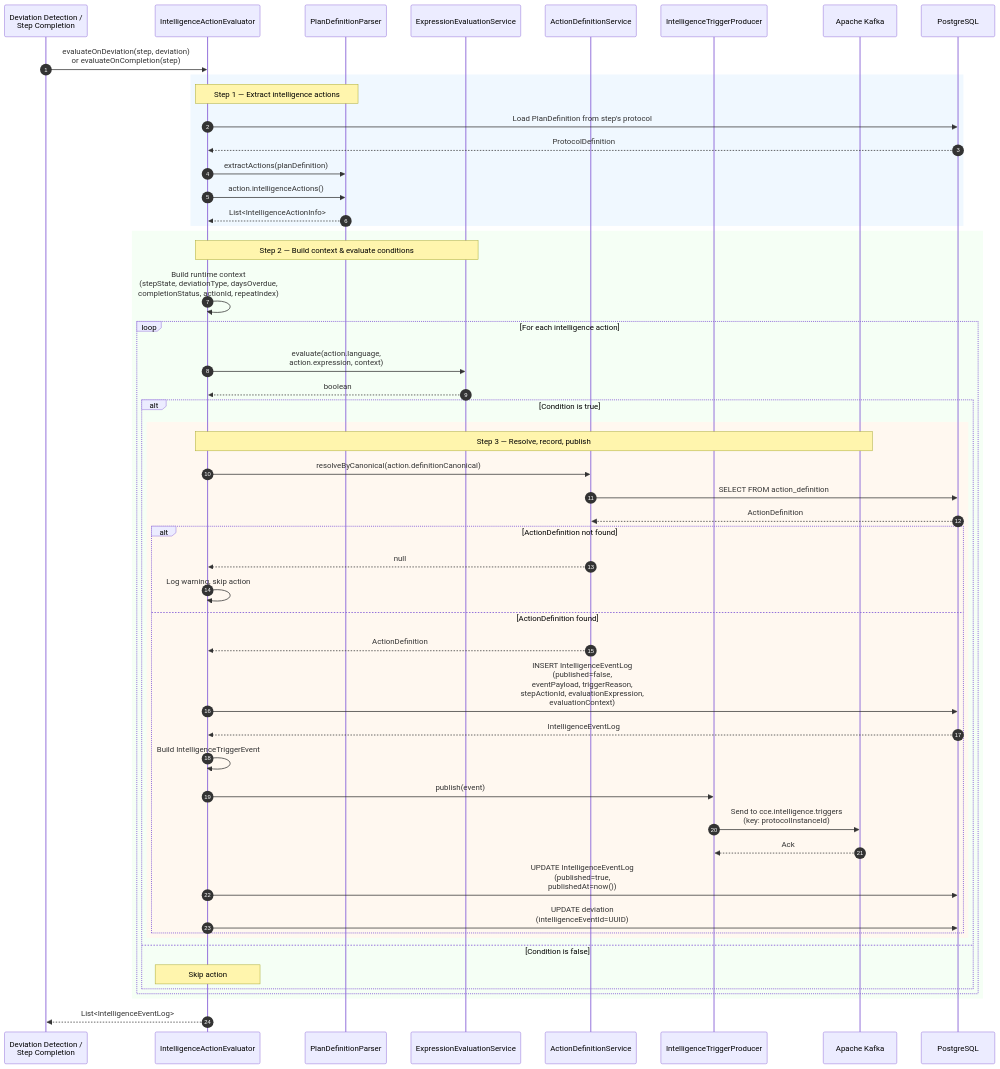
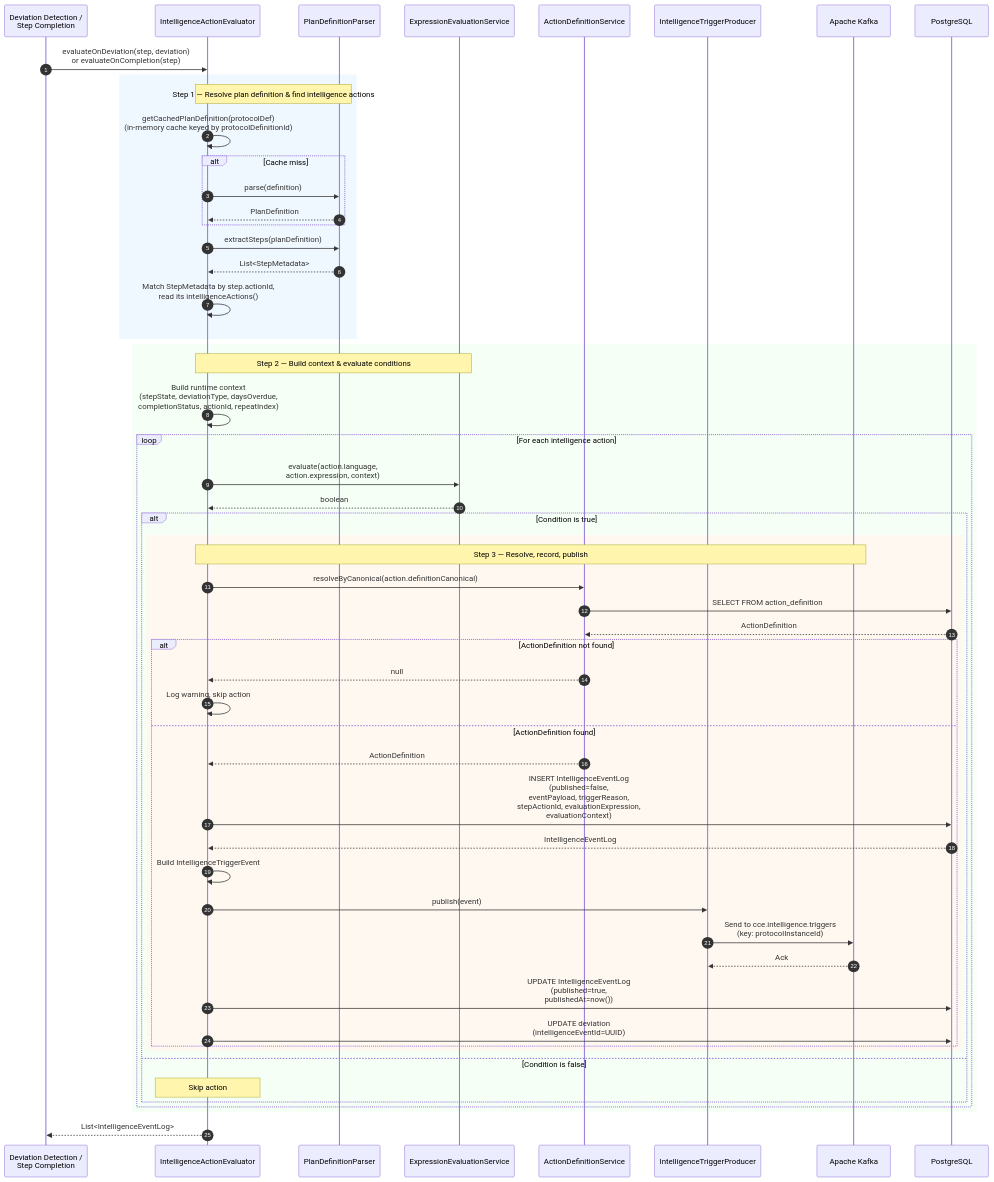
One commit to Jayaprakash8887/cce-compliance-service changed the sixth of 12 diagrams in docs/flow-diagrams.md. Above: the diagram before and after it, drawn with Mermaid. The commit also changed other lines of this file and 8 other files, not shown here.

````diff
--- a/docs/flow-diagrams.md
+++ b/docs/flow-diagrams.md
@@ -319,63 +335,66 @@
 ```mermaid
 sequenceDiagram
     autonumber
     participant Trigger as Deviation Detection /<br/>Step Completion
     participant Evaluator as IntelligenceActionEvaluator
     participant Parser as PlanDefinitionParser
     participant ExprEval as ExpressionEvaluationService
     participant ActionDefSvc as ActionDefinitionService
     participant Producer as IntelligenceTriggerProducer
     participant Kafka as Apache Kafka
     participant DB as PostgreSQL
 
     Trigger->>Evaluator: evaluateOnDeviation(step, deviation)<br/>or evaluateOnCompletion(step)
 
     rect rgb(240, 248, 255)
-        Note over Evaluator,Parser: Step 1 — Extract intelligence actions
-        Evaluator->>DB: Load PlanDefinition from step's protocol
-        DB-->>Evaluator: ProtocolDefinition
-        Evaluator->>Parser: extractActions(planDefinition)
-        Evaluator->>Parser: action.intelligenceActions()
-        Parser-->>Evaluator: List<IntelligenceActionInfo>
+        Note over Evaluator,Parser: Step 1 — Resolve plan definition & find intelligence actions
+        Evaluator->>Evaluator: getCachedPlanDefinition(protocolDef)<br/>(in-memory cache keyed by protocolDefinitionId)
+        alt Cache miss
+            Evaluator->>Parser: parse(definition)
+            Parser-->>Evaluator: PlanDefinition
+        end
+        Evaluator->>Parser: extractSteps(planDefinition)
+        Parser-->>Evaluator: List<StepMetadata>
+        Evaluator->>Evaluator: Match StepMetadata by step.actionId,<br/>read its intelligenceActions()
     end
 
     rect rgb(245, 255, 245)
         Note over Evaluator,ExprEval: Step 2 — Build context & evaluate conditions
         Evaluator->>Evaluator: Build runtime context<br/>(stepState, deviationType, daysOverdue,<br/>completionStatus, actionId, repeatIndex)
 
         loop For each intelligence action
             Evaluator->>ExprEval: evaluate(action.language,<br/>action.expression, context)
             ExprEval-->>Evaluator: boolean
 
             alt Condition is true
                 rect rgb(255, 248, 240)
                     Note over Evaluator,Kafka: Step 3 — Resolve, record, publish
                     Evaluator->>ActionDefSvc: resolveByCanonical(action.definitionCanonical)
                     ActionDefSvc->>DB: SELECT FROM action_definition
                     DB-->>ActionDefSvc: ActionDefinition
 
                     alt ActionDefinition not found
                         ActionDefSvc-->>Evaluator: null
                         Evaluator->>Evaluator: Log warning, skip action
                     else ActionDefinition found
                         ActionDefSvc-->>Evaluator: ActionDefinition
                         Evaluator->>DB: INSERT IntelligenceEventLog<br/>(published=false,<br/>eventPayload, triggerReason,<br/>stepActionId, evaluationExpression,<br/>evaluationContext)
                         DB-->>Evaluator: IntelligenceEventLog
 
                         Evaluator->>Evaluator: Build IntelligenceTriggerEvent
                         Evaluator->>Producer: publish(event)
                         Producer->>Kafka: Send to cce.intelligence.triggers<br/>(key: protocolInstanceId)
                         Kafka-->>Producer: Ack
 
                         Evaluator->>DB: UPDATE IntelligenceEventLog<br/>(published=true,<br/>publishedAt=now())
                         Evaluator->>DB: UPDATE deviation<br/>(intelligenceEventId=UUID)
                     end
                 end
             else Condition is false
                 Note over Evaluator: Skip action
             end
         end
     end
 
     Evaluator-->>Trigger: List<IntelligenceEventLog>
 ```
````
